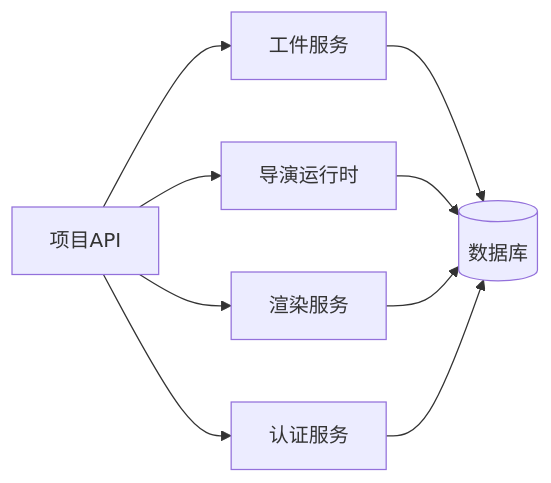
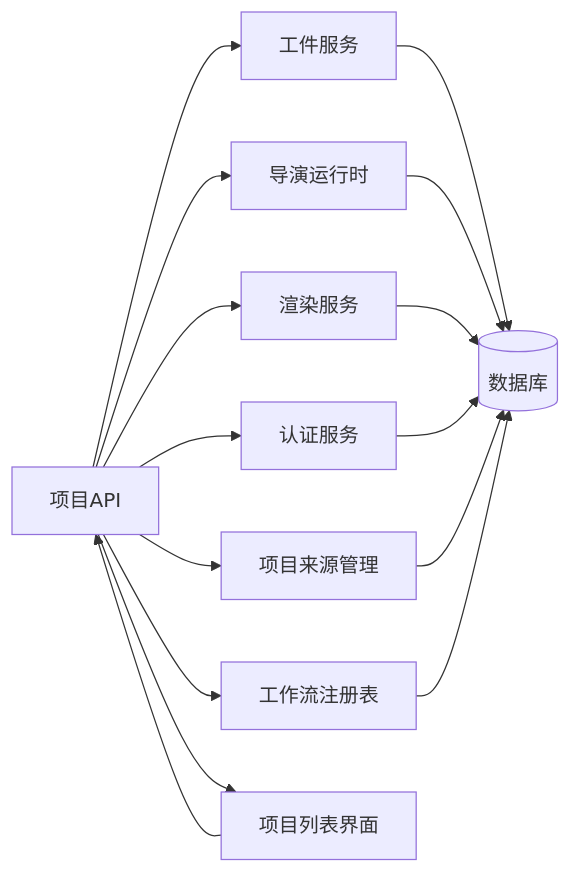
Before and after one commit to scottcwy/PurpleInk: diagram 15 of 15 in .qoder/repowiki/zh/content/项目管理/项目管理.md, drawn with Mermaid. The commit also changed other lines of this file and 29 other files, not shown here.

````diff
--- a/.qoder/repowiki/zh/content/项目管理/项目管理.md
+++ b/.qoder/repowiki/zh/content/项目管理/项目管理.md
@@ -374,11 +583,17 @@
 ```mermaid
 graph LR
 Projects["项目API"] --> Artifacts["工件服务"]
 Projects --> Director["导演运行时"]
 Projects --> Render["渲染服务"]
 Projects --> Auth["认证服务"]
+Projects --> Sources["项目来源管理"]
+Projects --> Registry["工作流注册表"]
+Projects --> ProjectList["项目列表界面"]
 Artifacts --> DB[("数据库")]
 Director --> DB
 Render --> DB
 Auth --> DB
+Sources --> DB
+Registry --> DB
+ProjectList --> Projects
 ```
````
